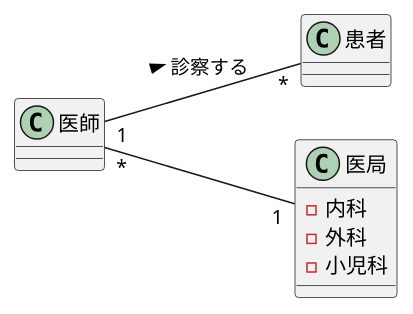
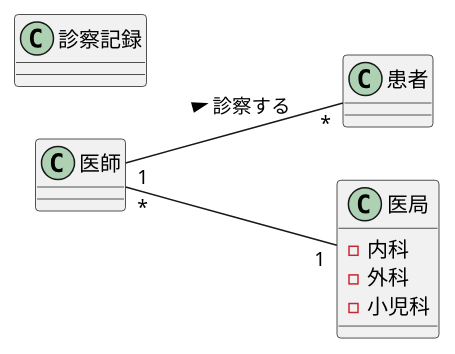
The diagram in 演習3-2_CL_医師と患者と医局と診療記録.pu (yoshiokaharuto/uml-introduction), drawn with PlantUML before and after one commit. The commit also changed 1 other file, not shown here.

```diff
--- a/演習3-2_CL_医師と患者と医局と診療記録.pu
+++ b/演習3-2_CL_医師と患者と医局と診療記録.pu
@@ -1,16 +1,17 @@
 @startuml 演習3-2_CL_医師と患者と医局と診療記録.pu
 
      left to right direction
 
     class 医師{}
     class 患者{}
     class 医局{
         - 内科
         - 外科
         - 小児科
     }
+    class 診察記録{}
 
     医師 "1" -- "*" 患者:診察する >
     医師  "*" --"1"    医局
 
 @enduml
```
